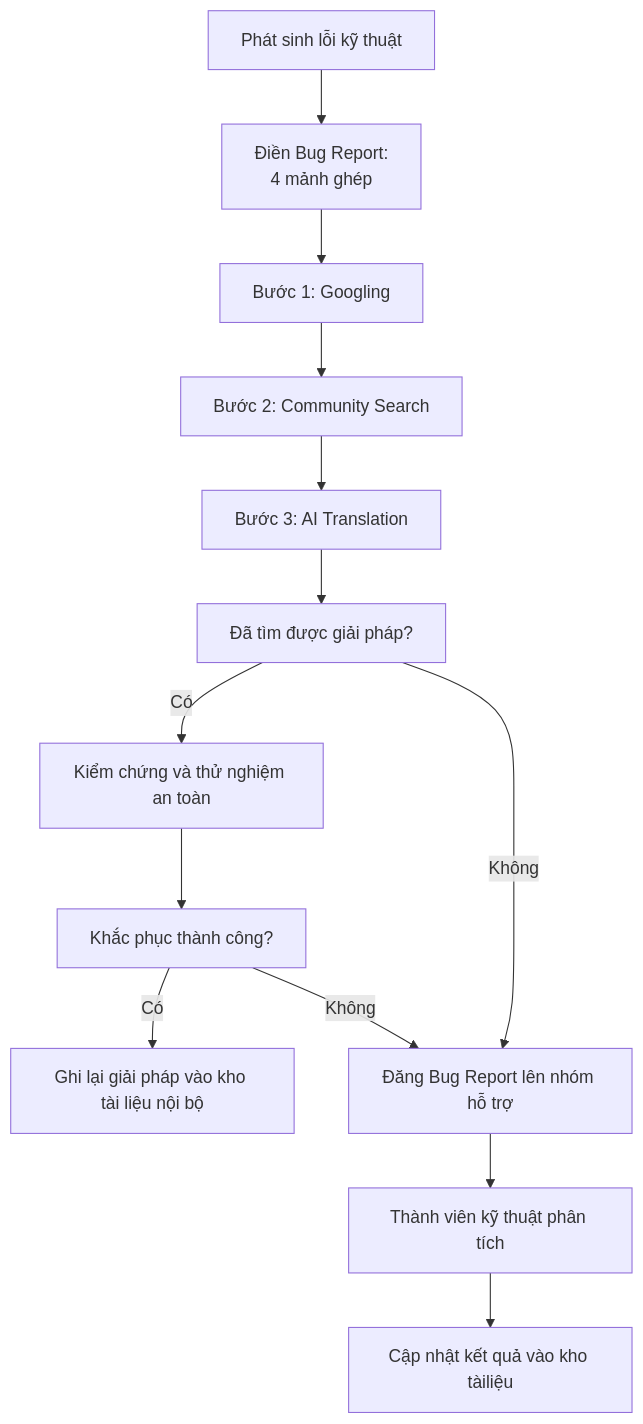
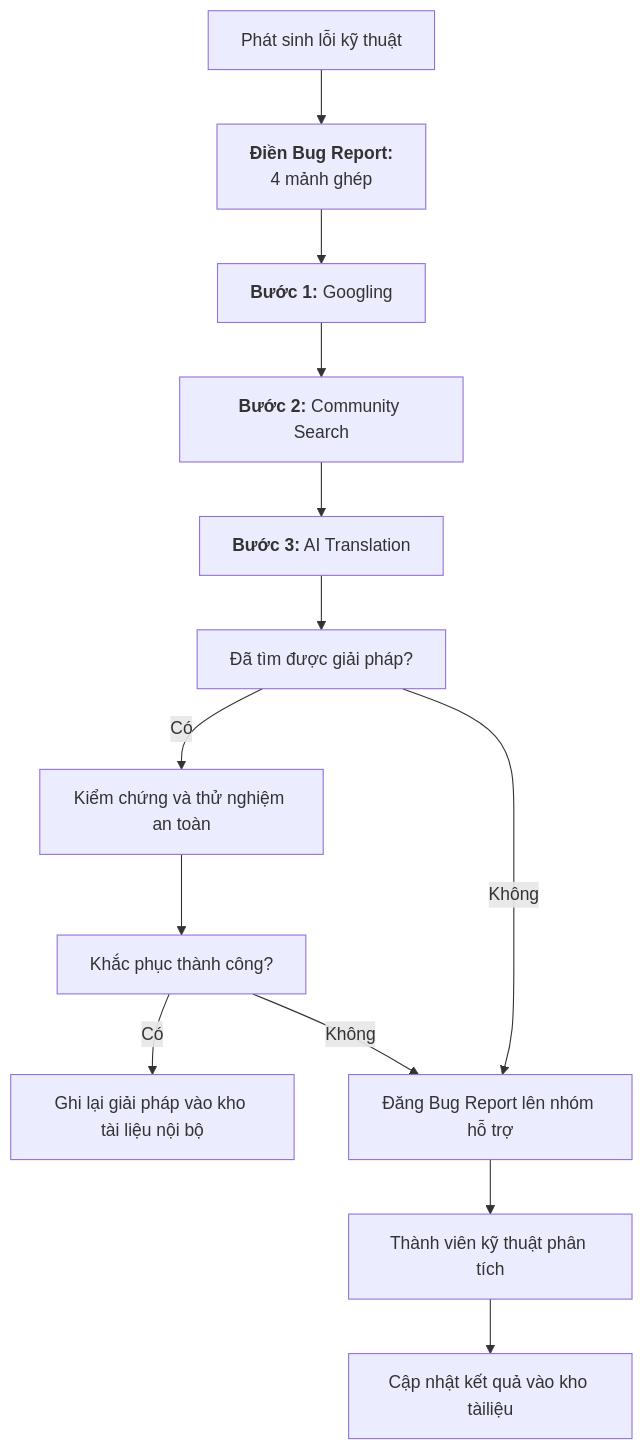
The diagram in README.md (Duyanh2k8/HCM-KS26-CNTT1_NMCNTT_Session22_Ex05), drawn with Mermaid before and after one commit.

````diff
--- a/README.md
+++ b/README.md
@@ -79,15 +79,15 @@
 ```mermaid
 flowchart TD
-  A["Phát sinh lỗi kỹ thuật"] --> B["Điền Bug Report:</br>4 mảnh ghép"]
-  B --> C["Bước 1: Googling"]
-  C --> D["Bước 2: Community Search"]
-  D --> E["Bước 3: AI Translation"]
+  A["Phát sinh lỗi kỹ thuật"] --> B["<b>Điền Bug Report:</b></br>4 mảnh ghép"]
+  B --> C["<b>Bước 1:</b> Googling"]
+  C --> D["<b>Bước 2:</b> Community Search"]
+  D --> E["<b>Bước 3:</b> AI Translation"]
   E --> F["Đã tìm được giải pháp?"]
   F --> |Có| G["Kiểm chứng và thử nghiệm an toàn"]
   G --> H["Khắc phục thành công?"]
   H --> |Có| I["Ghi lại giải pháp vào kho tài liệu nội bộ"]
   H --> |Không| J["Đăng Bug Report lên nhóm hỗ trợ"]
   F --> |Không| J["Đăng Bug Report lên nhóm hỗ trợ"]
   J --> K["Thành viên kỹ thuật phân tích"]
   K --> L["Cập nhật kết quả vào kho tàiliệu"]
 ```
````
